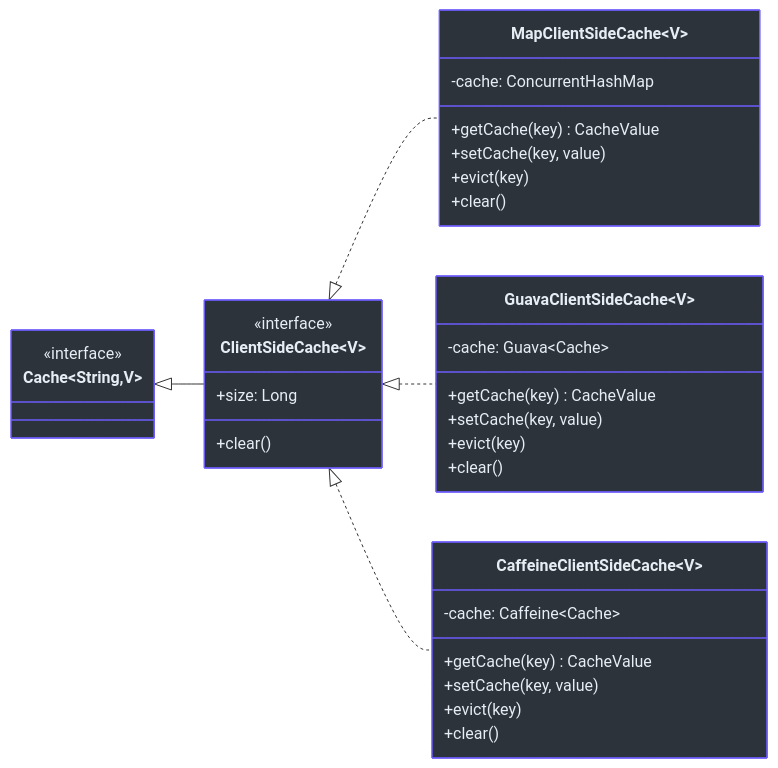
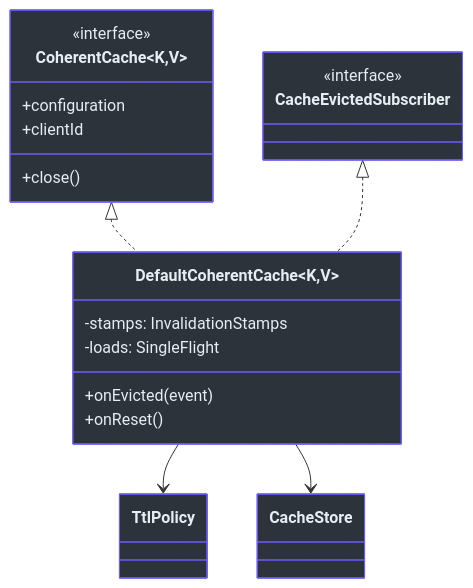
One commit to Ahoo-Wang/CoCache changed the first of 2 diagrams in wiki/zh/api/core-interfaces.md. Above: the diagram before and after it, drawn with Mermaid. The commit also changed other lines of this file and 256 other files, not shown here.

````diff
--- a/wiki/zh/api/core-interfaces.md
+++ b/wiki/zh/api/core-interfaces.md
@@ -368,45 +137,28 @@
 ```mermaid
 classDiagram
-    direction LR
-
-    class ClientSideCache~V~ {
+    class CoherentCache~K,V~ {
         <<interface>>
-        +size: Long
-        +clear()
+        +configuration
+        +clientId
+        +close()
     }
-    class Cache~String,V~ {
+    class DefaultCoherentCache~K,V~ {
+        -stamps: InvalidationStamps
+        -loads: SingleFlight
+        +onEvicted(event)
+        +onReset()
+    }
+    class CacheEvictedSubscriber {
         <<interface>>
     }
-    class MapClientSideCache~V~ {
-        -cache: ConcurrentHashMap
-        +getCache(key) CacheValue
-        +setCache(key, value)
-        +evict(key)
-        +clear()
-    }
-    class GuavaClientSideCache~V~ {
-        -cache: Guava~Cache~
-        +getCache(key) CacheValue
-        +setCache(key, value)
-        +evict(key)
-        +clear()
-    }
-    class CaffeineClientSideCache~V~ {
-        -cache: Caffeine~Cache~
-        +getCache(key) CacheValue
-        +setCache(key, value)
-        +evict(key)
-        +clear()
-    }
+    CoherentCache <|.. DefaultCoherentCache
+    CacheEvictedSubscriber <|.. DefaultCoherentCache
+    DefaultCoherentCache --> TtlPolicy
+    DefaultCoherentCache --> CacheStore
 
-    Cache <|-- ClientSideCache
-    ClientSideCache <|.. MapClientSideCache
-    ClientSideCache <|.. GuavaClientSideCache
-    ClientSideCache <|.. CaffeineClientSideCache
-
-    style ClientSideCache fill:#2d333b,stroke:#6d5dfc,color:#e6edf3
-    style Cache fill:#2d333b,stroke:#6d5dfc,color:#e6edf3
-    style MapClientSideCache fill:#2d333b,stroke:#6d5dfc,color:#e6edf3
-    style GuavaClientSideCache fill:#2d333b,stroke:#6d5dfc,color:#e6edf3
-    style CaffeineClientSideCache fill:#2d333b,stroke:#6d5dfc,color:#e6edf3
+    style CoherentCache fill:#2d333b,stroke:#6d5dfc,color:#e6edf3
+    style DefaultCoherentCache fill:#2d333b,stroke:#6d5dfc,color:#e6edf3
+    style CacheEvictedSubscriber fill:#2d333b,stroke:#6d5dfc,color:#e6edf3
+    style TtlPolicy fill:#2d333b,stroke:#6d5dfc,color:#e6edf3
+    style CacheStore fill:#2d333b,stroke:#6d5dfc,color:#e6edf3
 ```
````
